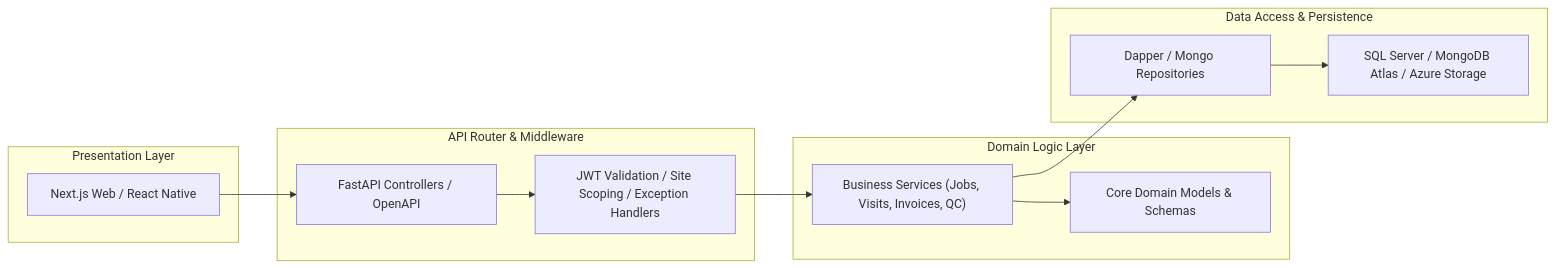
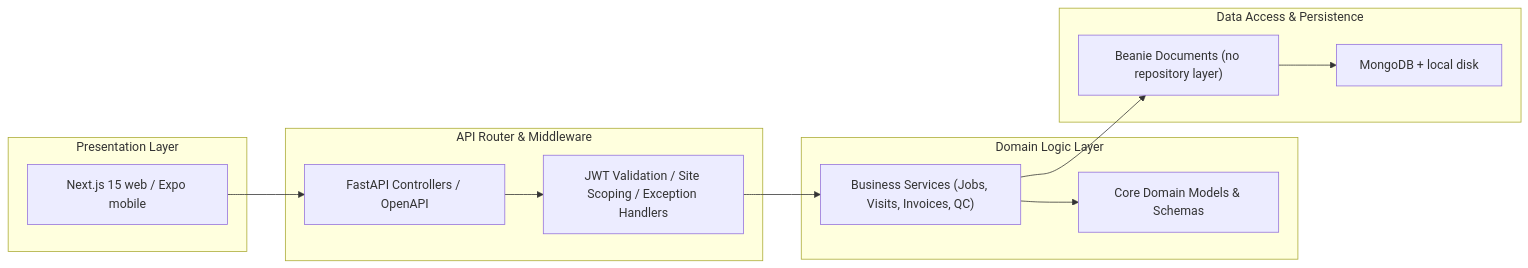
One commit to kktejas07/iqe changed the second of 6 diagrams in ARCHITECTURE_AND_E2E_FLOW.md. Above: the diagram before and after it, drawn with Mermaid. The commit also changed other lines of this file, not shown here.

First line of the commit message:
docs: make the architecture diagram describe what was actually built

````diff
--- a/ARCHITECTURE_AND_E2E_FLOW.md
+++ b/ARCHITECTURE_AND_E2E_FLOW.md
@@ -140,28 +154,28 @@
 ```mermaid
 graph LR
     subgraph Layer1["Presentation Layer"]
-        NextJS["Next.js Web / React Native"]
+        NextJS["Next.js 15 web / Expo mobile"]
     end
 
     subgraph Layer2["API Router & Middleware"]
         API["FastAPI Controllers / OpenAPI"]
         Middleware["JWT Validation / Site Scoping / Exception Handlers"]
     end
 
     subgraph Layer3["Domain Logic Layer"]
         DomainModels["Core Domain Models & Schemas"]
         Services["Business Services (Jobs, Visits, Invoices, QC)"]
     end
 
     subgraph Layer4["Data Access & Persistence"]
-        Dapper["Dapper / Mongo Repositories"]
-        DB["SQL Server / MongoDB Atlas / Azure Storage"]
+        Beanie["Beanie Documents (no repository layer)"]
+        DB["MongoDB + local disk"]
     end
 
     NextJS --> API
     API --> Middleware
     Middleware --> Services
     Services --> DomainModels
-    Services --> Dapper
-    Dapper --> DB
+    Services --> Beanie
+    Beanie --> DB
 ```
````
